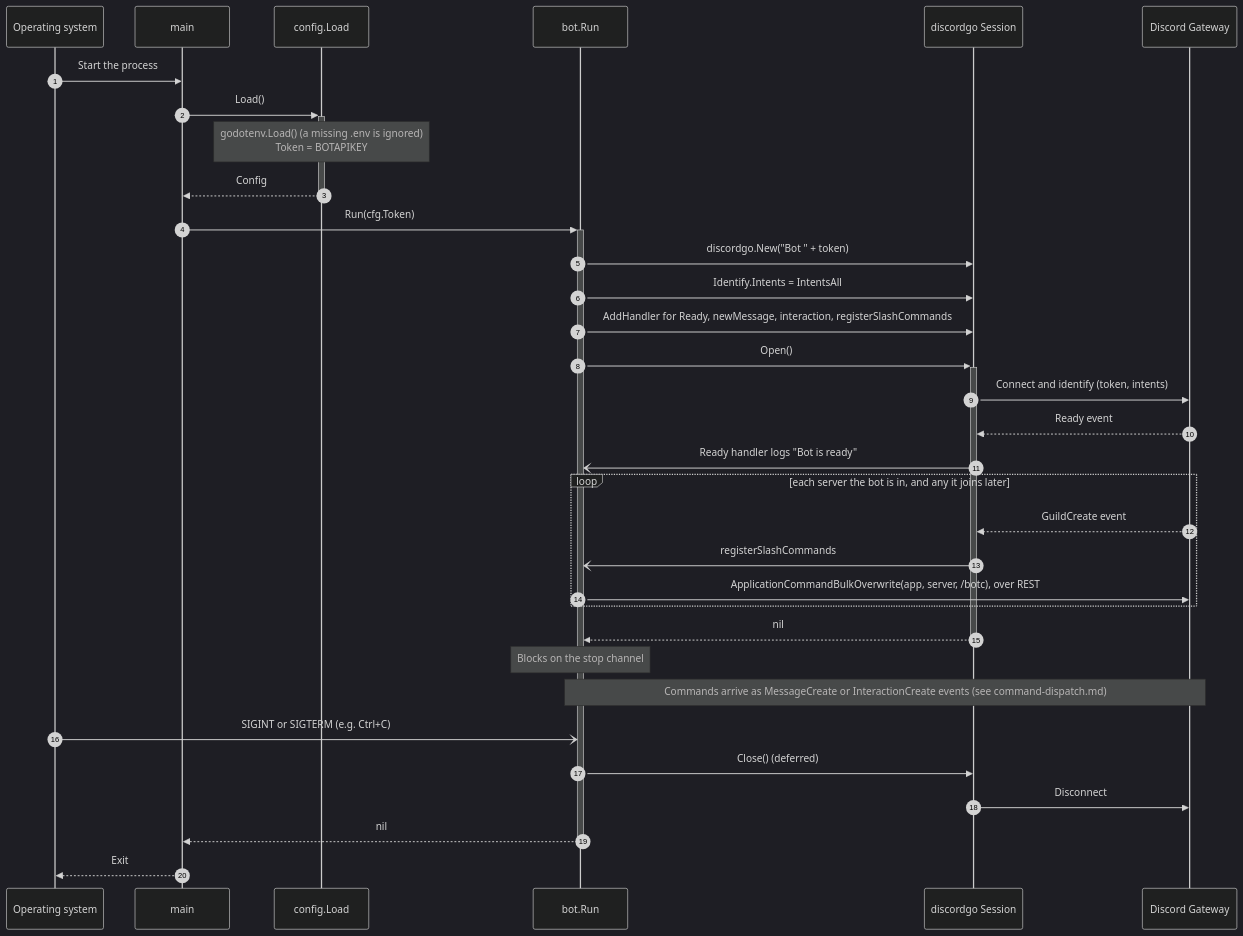
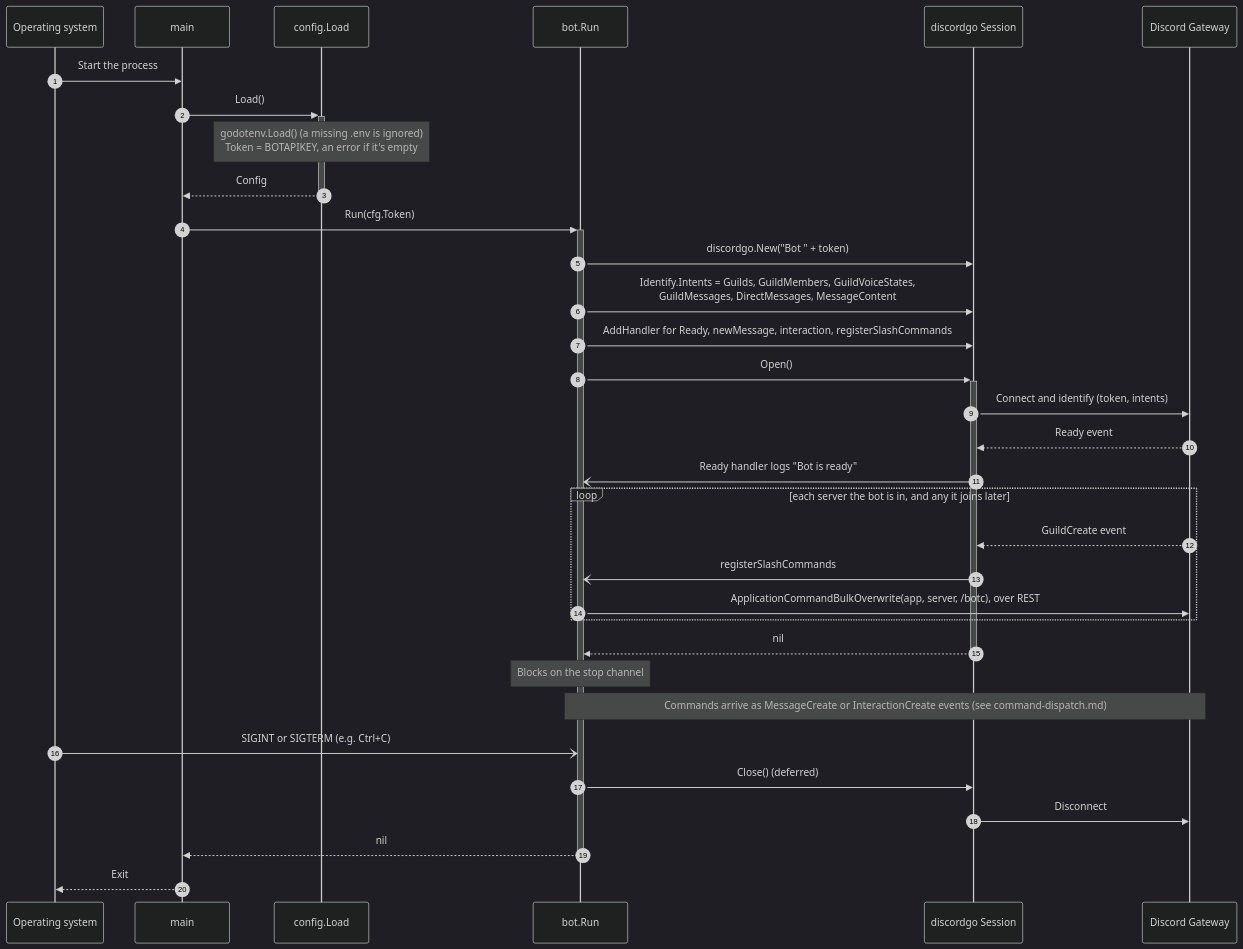
Before and after one commit to RAGNOARAKNOS/BotOnTheClocktower: the second of 2 diagrams in docs/uml/startup.md, drawn with Mermaid (dark theme). The commit also changed other lines of this file and 33 other files, not shown here.

````diff
--- a/docs/uml/startup.md
+++ b/docs/uml/startup.md
@@ -37,36 +39,36 @@
 ```mermaid
 sequenceDiagram
     autonumber
     participant OS as Operating system
     participant Main as main
     participant Config as config.Load
     participant Bot as bot.Run
     participant Session as discordgo Session
     participant Gateway as Discord Gateway
 
     OS->>Main: Start the process
     Main->>+Config: Load()
-    Note over Config: godotenv.Load() (a missing .env is ignored)<br/>Token = BOTAPIKEY
+    Note over Config: godotenv.Load() (a missing .env is ignored)<br/>Token = BOTAPIKEY, an error if it's empty
     Config-->>-Main: Config
     Main->>+Bot: Run(cfg.Token)
     Bot->>Session: discordgo.New("Bot " + token)
-    Bot->>Session: Identify.Intents = IntentsAll
+    Bot->>Session: Identify.Intents = Guilds, GuildMembers, GuildVoiceStates,<br/>GuildMessages, DirectMessages, MessageContent
     Bot->>Session: AddHandler for Ready, newMessage, interaction, registerSlashCommands
     Bot->>+Session: Open()
     Session->>Gateway: Connect and identify (token, intents)
     Gateway-->>Session: Ready event
     Session-)Bot: Ready handler logs "Bot is ready"
     loop each server the bot is in, and any it joins later
         Gateway-->>Session: GuildCreate event
         Session-)Bot: registerSlashCommands
         Bot->>Gateway: ApplicationCommandBulkOverwrite(app, server, /botc), over REST
     end
     Session-->>-Bot: nil
     Note over Bot: Blocks on the stop channel
     Note over Gateway,Bot: Commands arrive as MessageCreate or InteractionCreate events (see command-dispatch.md)
     OS-)Bot: SIGINT or SIGTERM (e.g. Ctrl+C)
     Bot->>Session: Close() (deferred)
     Session->>Gateway: Disconnect
     Bot-->>-Main: nil
     Main-->>OS: Exit
 ```
````
